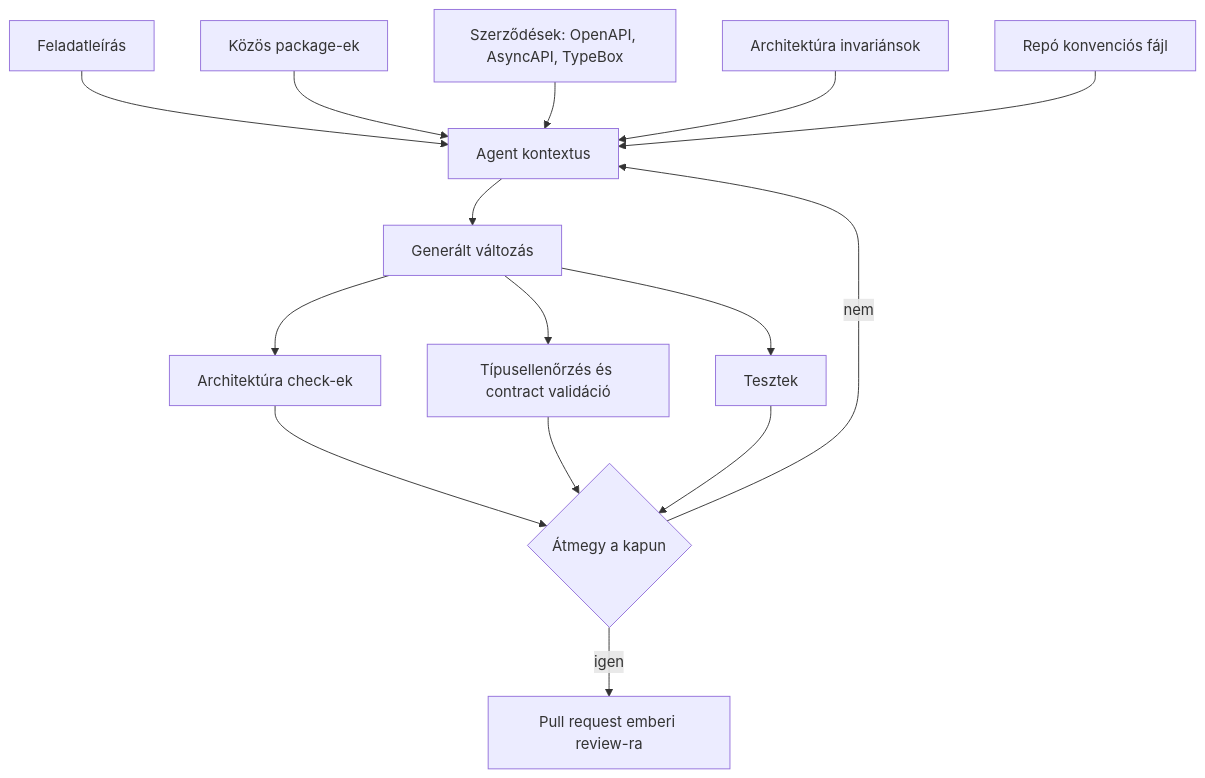
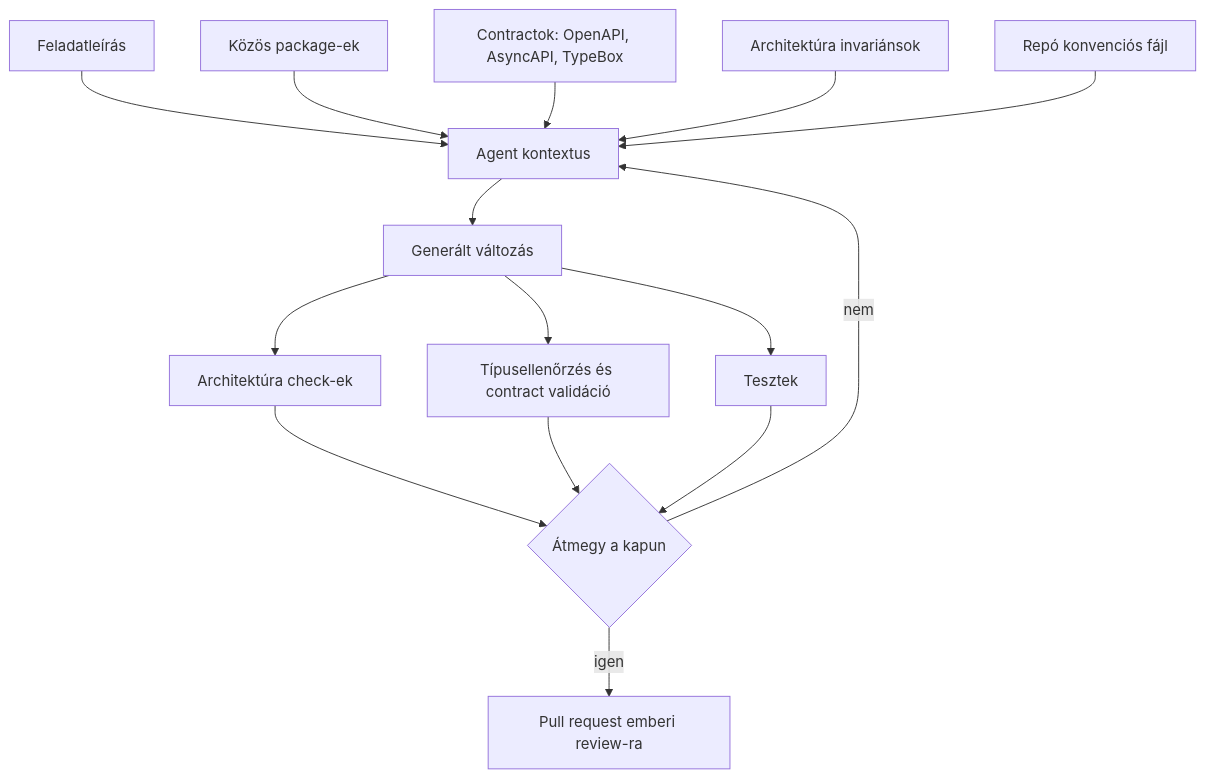
Before and after one commit to monad-systems/monad.hu: the first of 2 diagrams in posts/hu/building-blocks-ai-native-development.md, drawn with Mermaid. The commit also changed other lines of this file and 5 other files, not shown here.

````diff
--- a/posts/hu/building-blocks-ai-native-development.md
+++ b/posts/hu/building-blocks-ai-native-development.md
@@ -111,17 +111,17 @@
 ```mermaid
 flowchart TD
     A[Feladatleírás] --> Z[Agent kontextus]
     B[Közös package-ek] --> Z
-    C[Szerződések: OpenAPI, AsyncAPI, TypeBox] --> Z
+    C[Contractok: OpenAPI, AsyncAPI, TypeBox] --> Z
     D[Architektúra invariánsok] --> Z
     E[Repó konvenciós fájl] --> Z
     Z --> F[Generált változás]
     F --> G[Architektúra check-ek]
     F --> H[Típusellenőrzés és contract validáció]
     F --> I[Tesztek]
     G --> J{Átmegy a kapun}
     H --> J
     I --> J
     J -->|nem| Z
     J -->|igen| K[Pull request emberi review-ra]
 ```
````
